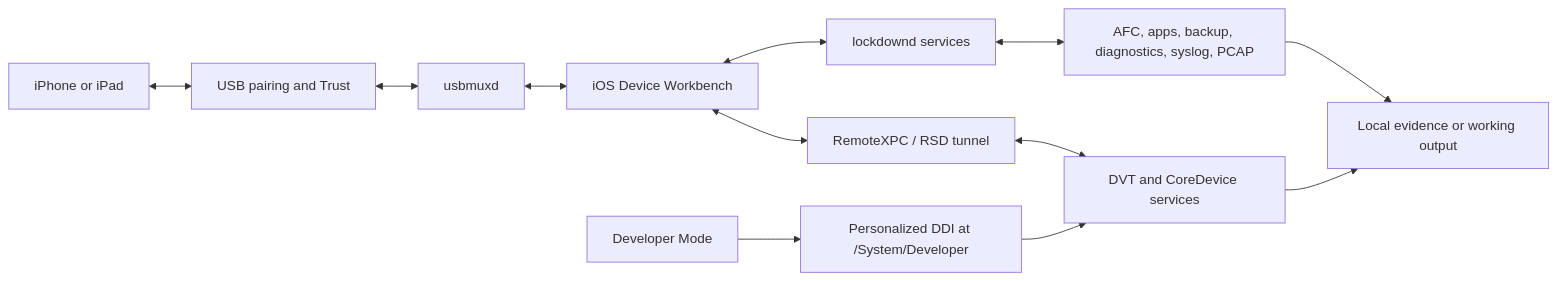
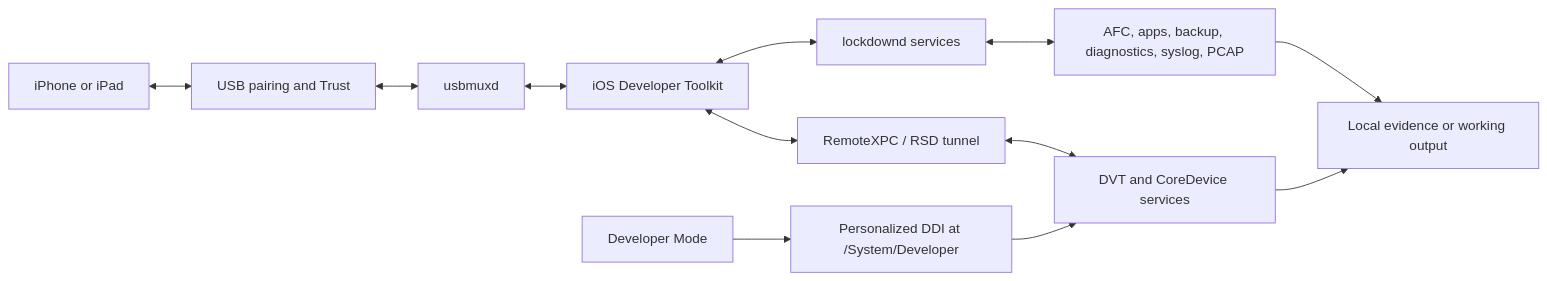
The diagram in README.md (hideouts-io/iOS-Developer-Toolkit), drawn with Mermaid before and after one commit. The commit also changed other lines of this file and 9 other files, not shown here.

````diff
--- a/README.md
+++ b/README.md
@@ -168,21 +168,21 @@
 ```mermaid
 flowchart LR
     Device[iPhone or iPad]
     Trust[USB pairing and Trust]
     Usbmux[usbmuxd]
     Lockdown[lockdownd services]
     Basic[AFC, apps, backup, diagnostics, syslog, PCAP]
     Mode[Developer Mode]
     DDI[Personalized DDI at /System/Developer]
     RSD[RemoteXPC / RSD tunnel]
     Dev[DVT and CoreDevice services]
-    Toolkit[iOS Device Workbench]
+    Toolkit[iOS Developer Toolkit]
     Case[Local evidence or working output]
 
     Device <--> Trust <--> Usbmux <--> Toolkit
     Toolkit <--> Lockdown <--> Basic
     Toolkit <--> RSD <--> Dev
     Mode --> DDI --> Dev
     Basic --> Case
     Dev --> Case
 ```
````
